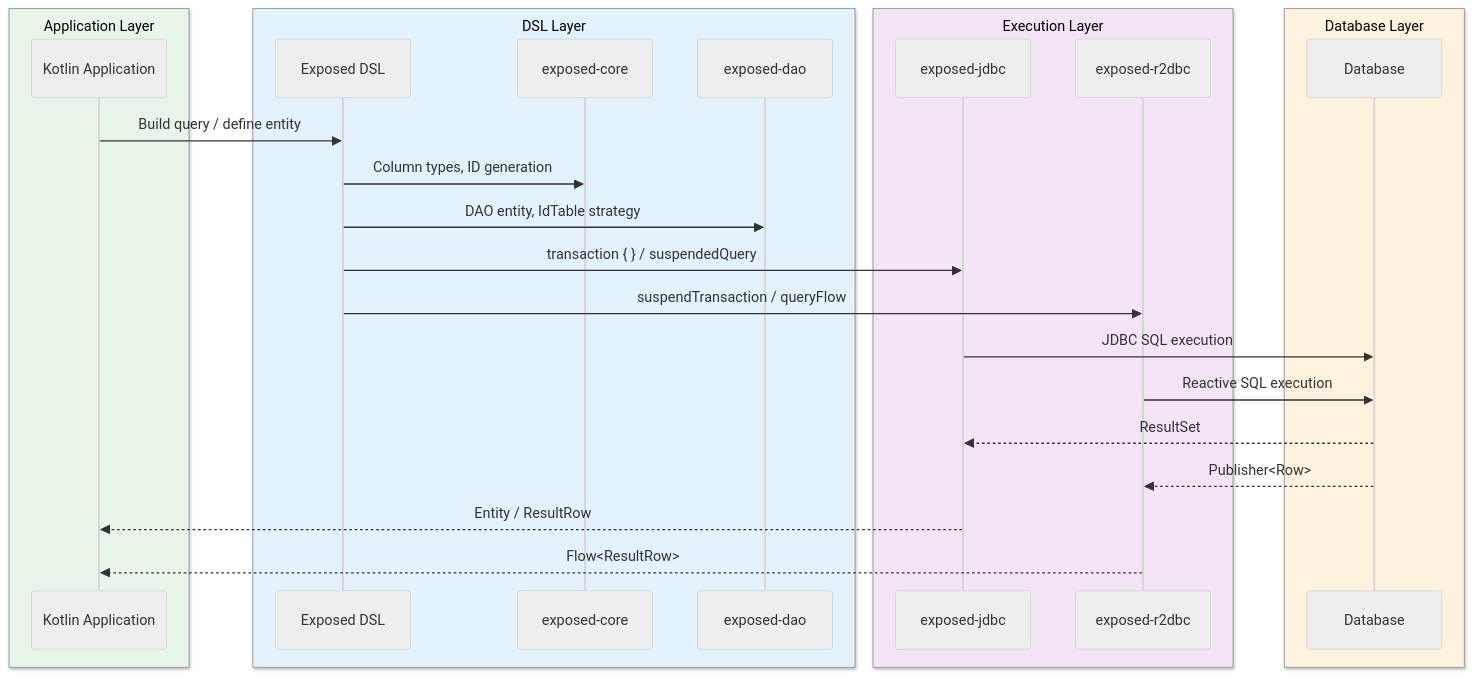
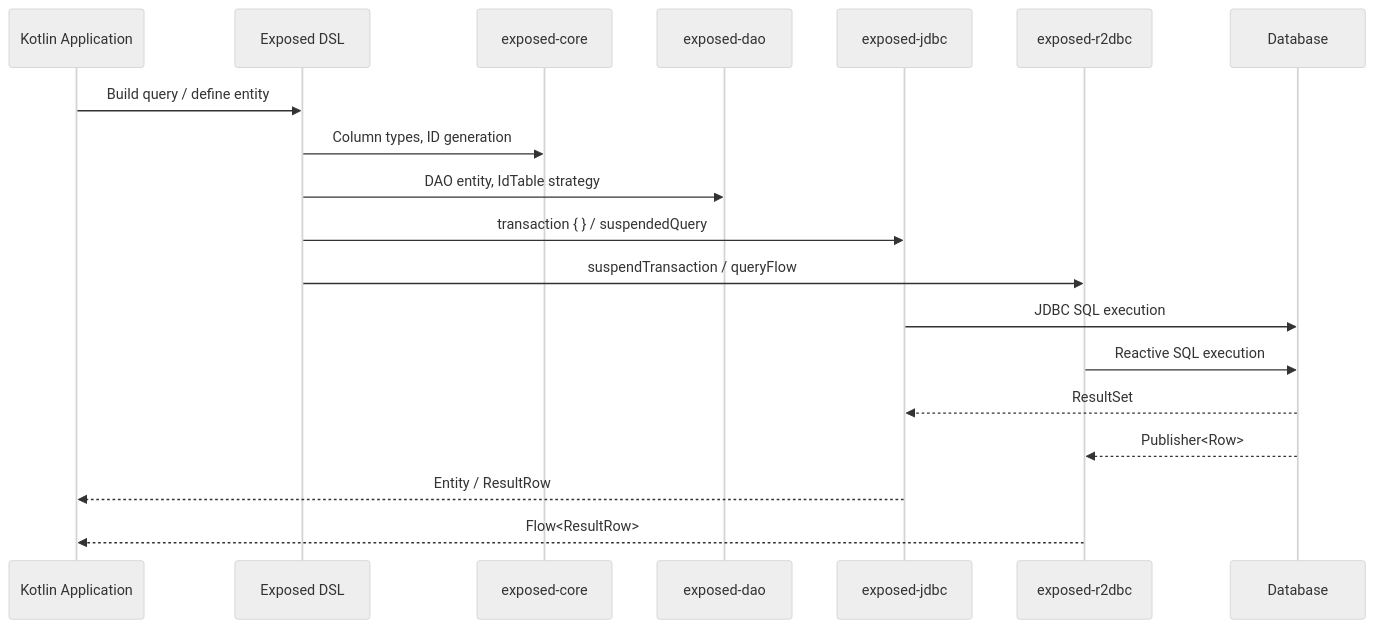
The second of 2 diagrams in data/exposed/README.md (bluetape4k/bluetape4k-projects), drawn with Mermaid (neutral theme) before and after one commit. The commit also changed other lines of this file and 219 other files, not shown here.

First line of the commit message:
docs: 전체 README Mermaid 다이어그램 가이드 적용

````diff
--- a/data/exposed/README.md
+++ b/data/exposed/README.md
@@ -132,30 +132,22 @@
 ```mermaid
 sequenceDiagram
-    box rgb(232,245,233) Application Layer
         participant App as Kotlin Application
-    end
-    box rgb(227,242,253) DSL Layer
         participant DSL as Exposed DSL
         participant Core as exposed-core
         participant DAO as exposed-dao
-    end
-    box rgb(243,229,245) Execution Layer
         participant JDBC as exposed-jdbc
         participant R2DBC as exposed-r2dbc
-    end
-    box rgb(255,243,224) Database Layer
         participant DB as Database
-    end
 
     App->>DSL: Build query / define entity
     DSL->>Core: Column types, ID generation
     DSL->>DAO: DAO entity, IdTable strategy
     DSL->>JDBC: transaction { } / suspendedQuery
     DSL->>R2DBC: suspendTransaction / queryFlow
     JDBC->>DB: JDBC SQL execution
     R2DBC->>DB: Reactive SQL execution
     DB-->>JDBC: ResultSet
     DB-->>R2DBC: Publisher<Row>
     JDBC-->>App: Entity / ResultRow
     R2DBC-->>App: Flow<ResultRow>
 ```
````
